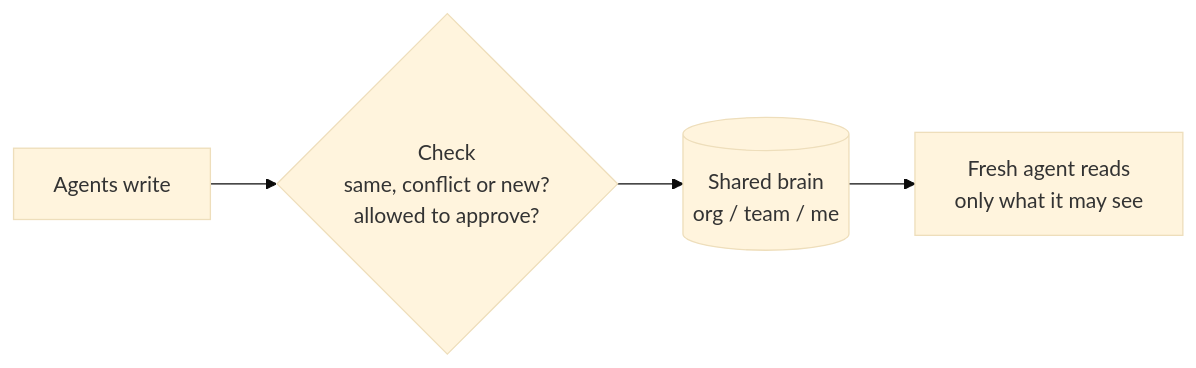
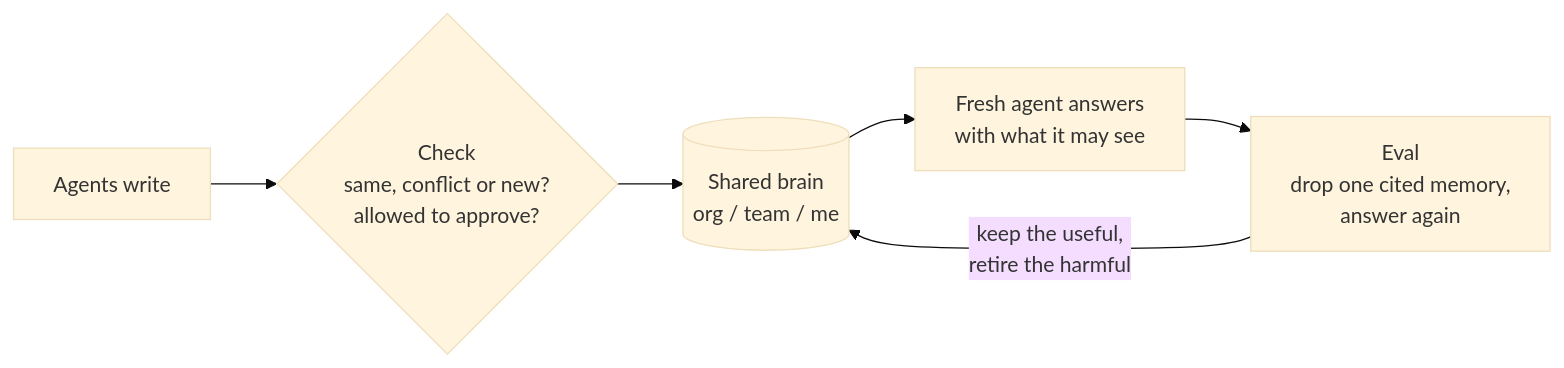
The diagram in diagrams/memory-simple.mmd (jerelvelarde/BrainBob), drawn with Mermaid (base theme) before and after one commit. The commit also changed 3 other files, not shown here.

Commit message:
docs: add the eval loop to the simple memory diagram

```diff
--- a/diagrams/memory-simple.mmd
+++ b/diagrams/memory-simple.mmd
@@ -1,4 +1,6 @@
 graph LR
   W["Agents write"] --> C{"Check<br/>same, conflict or new?<br/>allowed to approve?"}
   C --> B[("Shared brain<br/>org / team / me")]
-  B --> R["Fresh agent reads<br/>only what it may see"]
+  B --> R["Fresh agent answers<br/>with what it may see"]
+  R --> E["Eval<br/>drop one cited memory,<br/>answer again"]
+  E -->|"keep the useful,<br/>retire the harmful"| B
```
